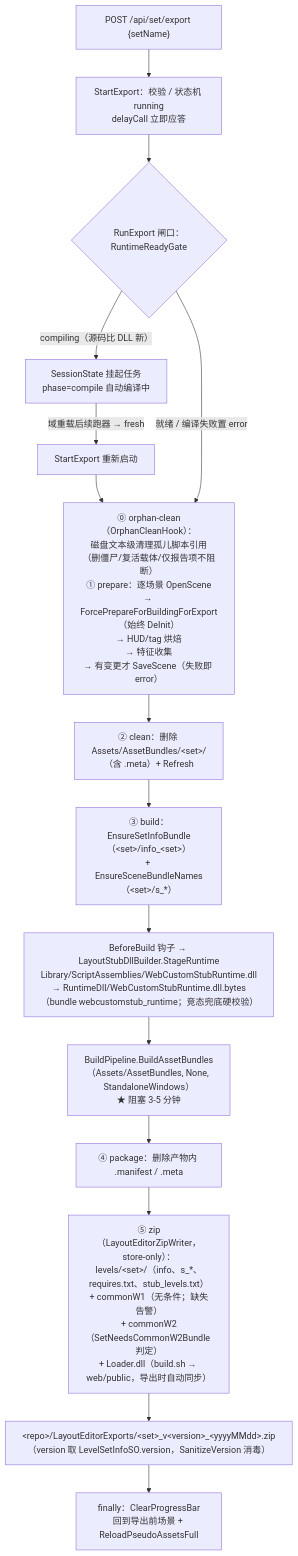
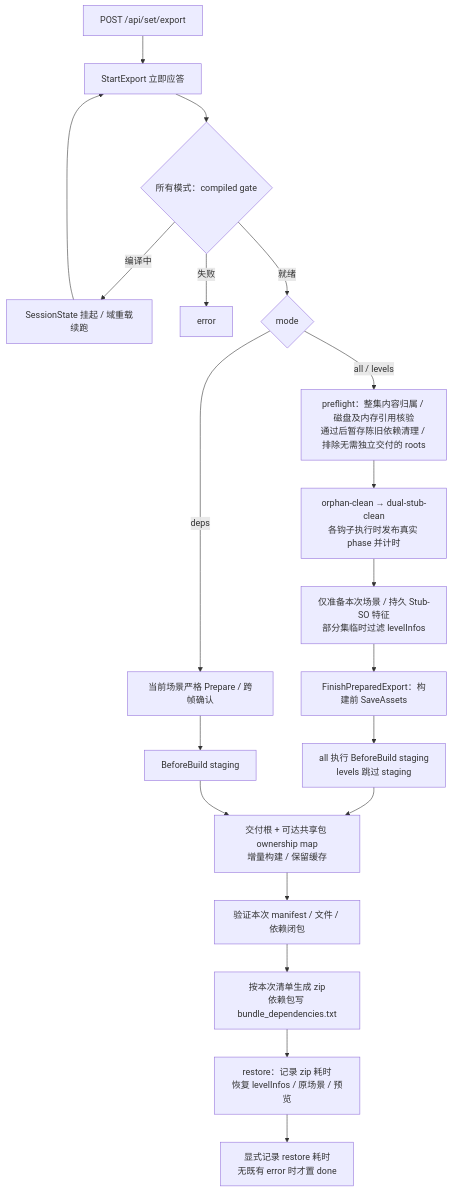
Before and after one commit to guojia99/Overcooked2-LevelEditor-WebTools: the third of 3 diagrams in pkg/layout-editor/docs/02-后端-Assets-Editor-LayoutEditor.md, drawn with Mermaid. The commit also changed other lines of this file and 81 other files, not shown here.

````diff
--- a/pkg/layout-editor/docs/02-后端-Assets-Editor-LayoutEditor.md
+++ b/pkg/layout-editor/docs/02-后端-Assets-Editor-LayoutEditor.md
@@ -459,17 +507,22 @@
 ```mermaid
 flowchart TD
-    A["POST /api/set/export {setName}"] --> B["StartExport：校验 / 状态机 running<br/>delayCall 立即应答"]
-    B --> G0{"RunExport 闸口：RuntimeReadyGate"}
-    G0 -- "compiling（源码比 DLL 新）" --> G1["SessionState 挂起任务<br/>phase=compile 自动编译中"]
-    G1 -- "域重载后续跑器 → fresh" --> B2["StartExport 重新启动"]
-    B2 --> C
-    G0 -- "就绪 / 编译失败置 error" --> C["⓪ orphan-clean（OrphanCleanHook）：<br/>磁盘文本级清理孤儿脚本引用<br/>（删僵尸/复活载体/仅报告项不阻断）<br/>① prepare：逐场景 OpenScene<br/>→ ForcePrepareForBuildingForExport（始终 DeInit）<br/>→ HUD/tag 烘焙<br/>→ 特征收集<br/>→ 有变更才 SaveScene（失败即 error）"]
-    C --> D["② clean：删除 Assets/AssetBundles/&lt;set&gt;/（含 .meta）+ Refresh"]
-    D --> E["③ build：EnsureSetInfoBundle（&lt;set&gt;/info_&lt;set&gt;）<br/>+ EnsureSceneBundleNames（&lt;set&gt;/s_*）"]
-    E --> F["BeforeBuild 钩子 → LayoutStubDllBuilder.StageRuntime<br/>Library/ScriptAssemblies/WebCustomStubRuntime.dll<br/>→ RuntimeDll/WebCustomStubRuntime.dll.bytes<br/>（bundle webcustomstub_runtime；竞态兜底硬校验）"]
-    F --> G["BuildPipeline.BuildAssetBundles<br/>（Assets/AssetBundles, None, StandaloneWindows）<br/>★ 阻塞 3-5 分钟"]
-    G --> H["④ package：删除产物内 .manifest / .meta"]
-    H --> I["⑤ zip（LayoutEditorZipWriter，store-only）：<br/>levels/&lt;set&gt;/（info、s_*、requires.txt、stub_levels.txt）<br/>+ commonW1（无条件；缺失告警）<br/>+ commonW2（SetNeedsCommonW2Bundle 判定）<br/>+ Loader.dll（build.sh → web/public，导出时自动同步）"]
-    I --> J["&lt;repo&gt;/LayoutEditorExports/&lt;set&gt;_v&lt;version&gt;_&lt;yyyyMMdd&gt;.zip<br/>（version 取 LevelSetInfoSO.version，SanitizeVersion 消毒）"]
-    J --> K["finally：ClearProgressBar<br/>回到导出前场景 + ReloadPseudoAssetsFull"]
+    A["POST /api/set/export"] --> B["StartExport 立即应答"]
+    B --> G0{"所有模式：compiled gate"}
+    G0 -- "编译中" --> G1["SessionState 挂起 / 域重载续跑"]
+    G1 --> B
+    G0 -- "失败" --> ERR["error"]
+    G0 -- "就绪" --> MODE{"mode"}
+    MODE -- "all / levels" --> PF["preflight：整集内容归属 / 磁盘及内存引用核验<br/>通过后暂存陈旧依赖清理 / 排除无需独立交付的 roots"]
+    PF --> OC["orphan-clean → dual-stub-clean<br/>各钩子执行时发布真实 phase 并计时"]
+    OC --> PREP["仅准备本次场景 / 持久 Stub-SO 特征<br/>部分集临时过滤 levelInfos"]
+    MODE -- "deps" --> DEP["当前场景严格 Prepare / 跨帧确认"]
+    PREP --> SAVE["FinishPreparedExport：构建前 SaveAssets"]
+    SAVE --> STAGE["all 执行 BeforeBuild staging<br/>levels 跳过 staging"]
+    DEP --> DS["BeforeBuild staging"]
+    STAGE --> BUILD["交付根 + 可达共享包 ownership map<br/>增量构建 / 保留缓存"]
+    DS --> BUILD
+    BUILD --> CHECK["验证本次 manifest / 文件 / 依赖闭包"]
+    CHECK --> ZIP["按本次清单生成 zip<br/>依赖包写 bundle_dependencies.txt"]
+    ZIP --> RESTORE["restore：记录 zip 耗时<br/>恢复 levelInfos / 原场景 / 预览"]
+    RESTORE --> END["显式记录 restore 耗时<br/>无既有 error 时才置 done"]
 ```
````
